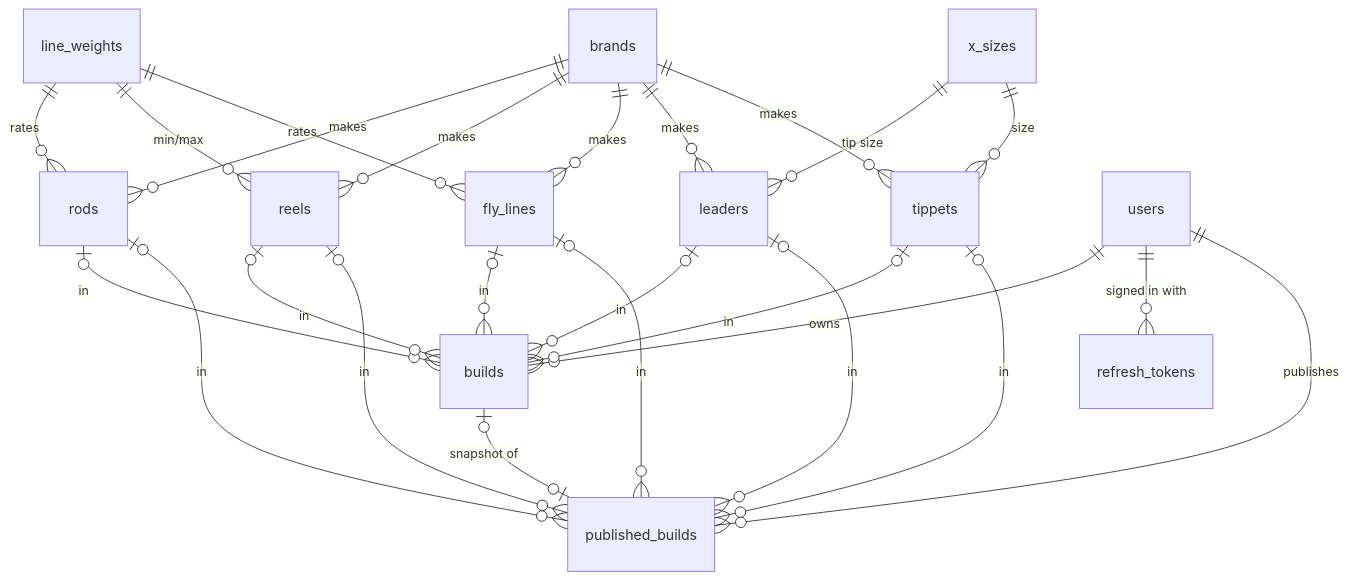
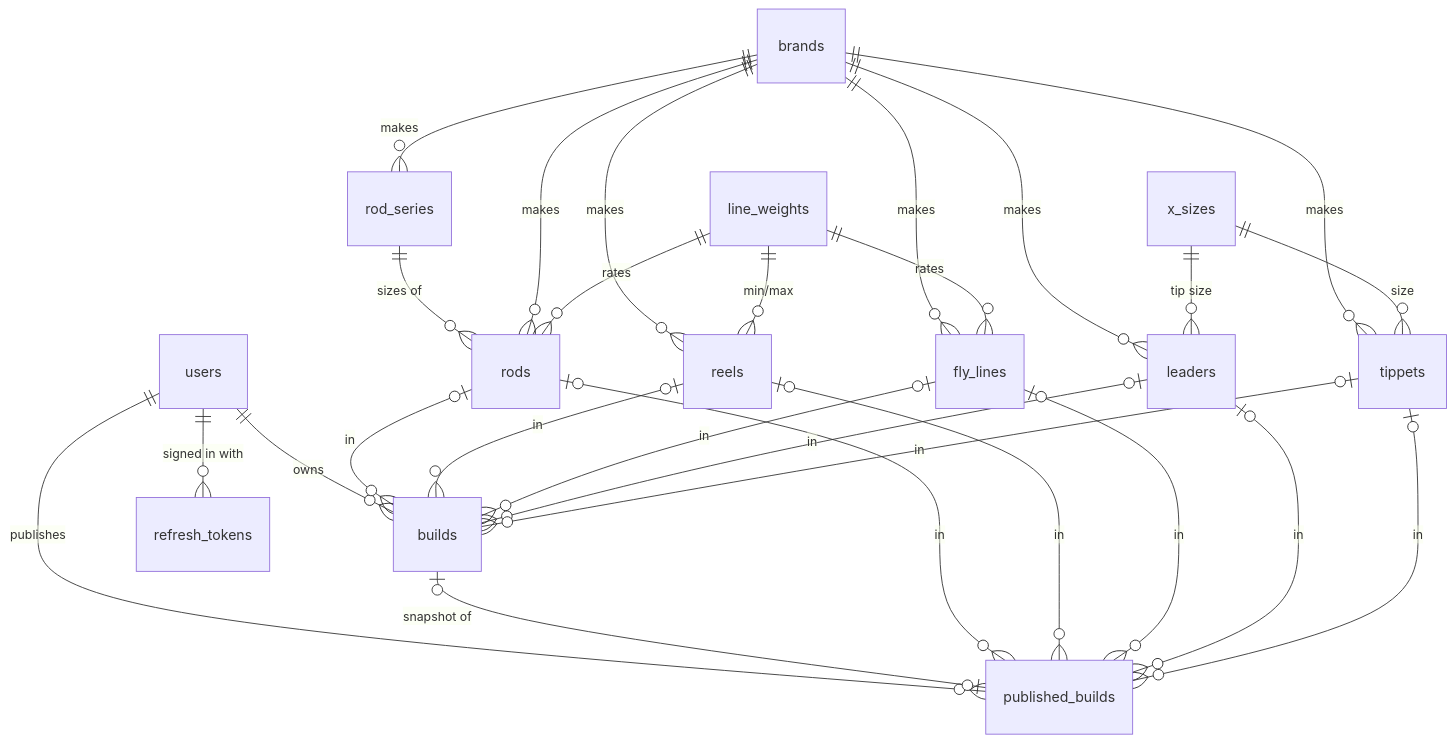
One commit to Alchabom/RodPartPicker changed the diagram in docs/database/schema-design.md. Above: the diagram before and after it, drawn with Mermaid. The commit also changed other lines of this file and 19 other files, not shown here.

First line of the commit message:
feat(api): group rods into series

````diff
--- a/docs/database/schema-design.md
+++ b/docs/database/schema-design.md
@@ -88,27 +89,29 @@
 ```mermaid
 erDiagram
+  brands ||--o{ rod_series : makes
+  rod_series ||--o{ rods : "sizes of"
   brands ||--o{ rods : makes
   brands ||--o{ reels : makes
   brands ||--o{ fly_lines : makes
   brands ||--o{ leaders : makes
   brands ||--o{ tippets : makes
   line_weights ||--o{ rods : rates
   line_weights ||--o{ reels : "min/max"
   line_weights ||--o{ fly_lines : rates
   x_sizes ||--o{ leaders : "tip size"
   x_sizes ||--o{ tippets : size
   users ||--o{ builds : owns
   rods |o--o{ builds : in
   reels |o--o{ builds : in
   fly_lines |o--o{ builds : in
   leaders |o--o{ builds : in
   tippets |o--o{ builds : in
   users ||--o{ refresh_tokens : "signed in with"
   users ||--o{ published_builds : publishes
   builds |o--o| published_builds : "snapshot of"
   rods |o--o{ published_builds : in
   reels |o--o{ published_builds : in
   fly_lines |o--o{ published_builds : in
   leaders |o--o{ published_builds : in
   tippets |o--o{ published_builds : in
 ```
````
